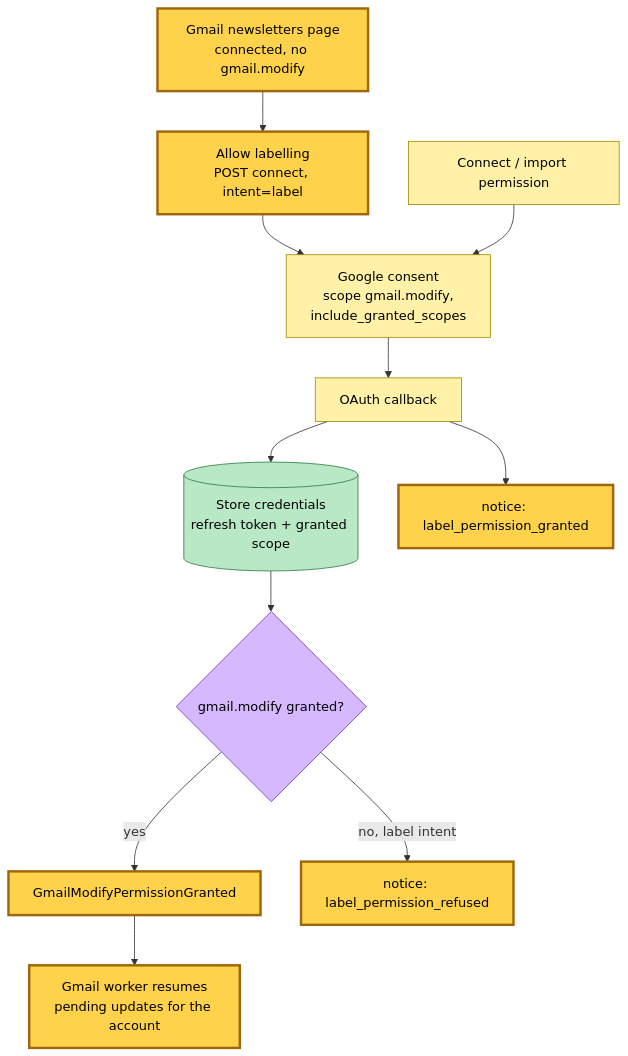
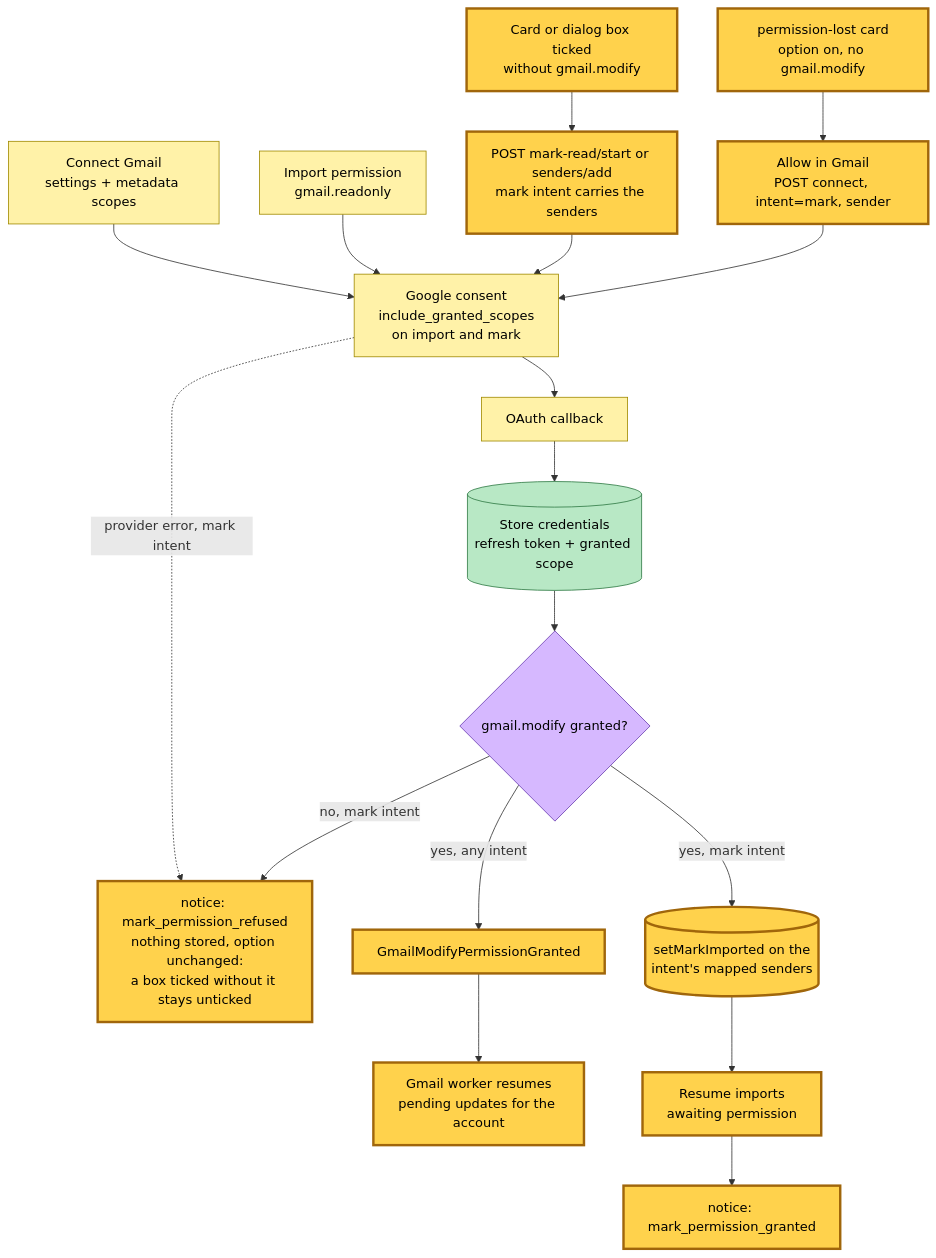
The seventh of 9 diagrams in .architecture/2026-10-27-b918eea/gmail-import-labelling.md (Readplace/readplace.com), drawn with Mermaid before and after one commit. The commit also changed other lines of this file and 326 other files, not shown here.

First line of the commit message:
feat: mark Gmail originals read only for senders a reader opts in

````diff
--- a/.architecture/2026-10-27-b918eea/gmail-import-labelling.md
+++ b/.architecture/2026-10-27-b918eea/gmail-import-labelling.md
@@ -201,20 +253,24 @@
 ```mermaid
 flowchart TB
   classDef command fill:#a6d8ff,stroke:#1e6fb8,color:#000;
   classDef system fill:#fff2a8,stroke:#a08a00,color:#000;
   classDef event fill:#ffb976,stroke:#a85800,color:#000;
   classDef policy fill:#d6b8ff,stroke:#6b3fb0,color:#000;
   classDef store fill:#b8e8c5,stroke:#2f7a45,color:#000;
   classDef new fill:#ffd24c,stroke:#a0660b,stroke-width:3px,color:#000;
 
-  PAGE[Gmail newsletters page<br/>connected, no gmail.modify]:::new --> PROMPT[Allow labelling<br/>POST connect, intent=label]:::new
-  PROMPT --> GOOGLE[Google consent<br/>scope gmail.modify,<br/>include_granted_scopes]:::system
-  CONNECT[Connect / import permission]:::system --> GOOGLE
+  CONNECT[Connect Gmail<br/>settings + metadata scopes]:::system --> GOOGLE
+  IMPORT[Import permission<br/>gmail.readonly]:::system --> GOOGLE
+  TICK[Card or dialog box ticked<br/>without gmail.modify]:::new --> BEGIN[POST mark-read/start or senders/add<br/>mark intent carries the senders]:::new
+  ROW[permission-lost card<br/>option on, no gmail.modify]:::new --> ALLOW[Allow in Gmail<br/>POST connect, intent=mark, sender]:::new
+  BEGIN --> GOOGLE
+  ALLOW --> GOOGLE[Google consent<br/>include_granted_scopes<br/>on import and mark]:::system
   GOOGLE --> CB[OAuth callback]:::system
+  GOOGLE -. provider error, mark intent .-> REFUSED
   CB --> CRED[(Store credentials<br/>refresh token + granted scope)]:::store
   CRED --> HAS{gmail.modify granted?}:::policy
-  HAS -- yes --> GRANT[GmailModifyPermissionGranted]:::new
-  HAS -- no, label intent --> REFUSED[notice: label_permission_refused]:::new
+  HAS -- yes, any intent --> GRANT[GmailModifyPermissionGranted]:::new
   GRANT --> RESUME[Gmail worker resumes<br/>pending updates for the account]:::new
-  CB --> NOTICE[notice: label_permission_granted]:::new
+  HAS -- yes, mark intent --> TURNON[(setMarkImported on the<br/>intent's mapped senders)]:::new --> AWAIT[Resume imports<br/>awaiting permission]:::new --> GRANTED[notice: mark_permission_granted]:::new
+  HAS -- no, mark intent --> REFUSED[notice: mark_permission_refused<br/>nothing stored, option unchanged:<br/>a box ticked without it stays unticked]:::new
 ```
````
